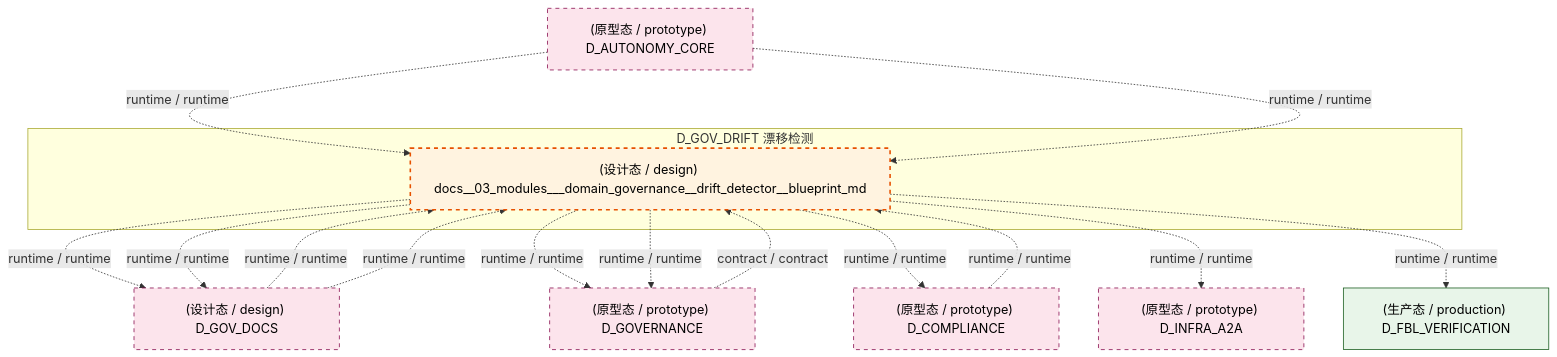
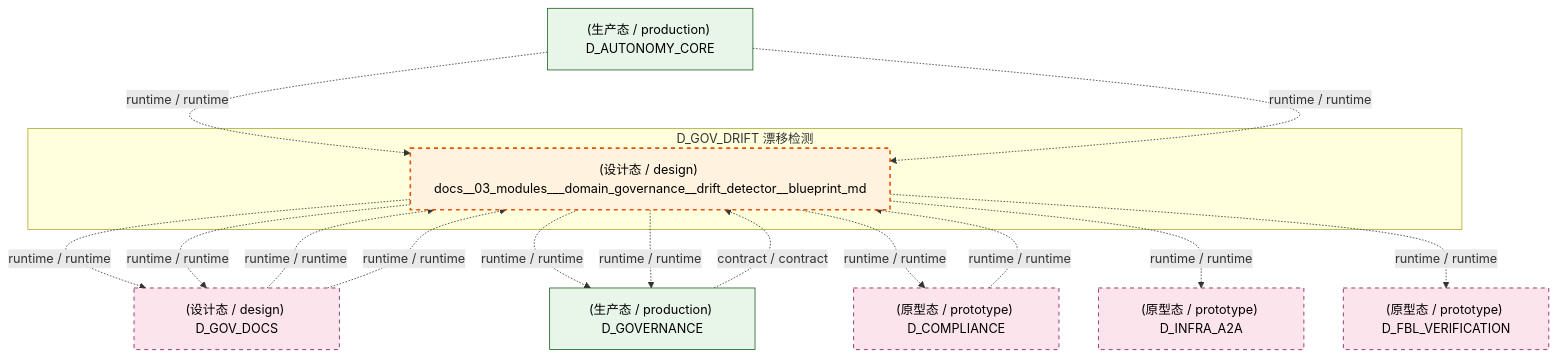
Before and after one commit to xuanFelixVan/ZephyrAlpha: the fifth of 7 diagrams in docs/02_enterprise_architecture/02_domain_architecture_docs/41_d_gov_drift.md, drawn with Mermaid. The commit also changed other lines of this file and 101 other files, not shown here.

````diff
--- a/docs/02_enterprise_architecture/02_domain_architecture_docs/41_d_gov_drift.md
+++ b/docs/02_enterprise_architecture/02_domain_architecture_docs/41_d_gov_drift.md
@@ -549,32 +551,32 @@
 ```mermaid
 graph TD
     subgraph D_GOV_DRIFT["D_GOV_DRIFT 漂移检测"]
         docs_03_modules_domain_governance_drift_detector_blueprint_md["(设计态 / design) docs__03_modules___domain_governance__drift_detector__blueprint_md"]
     end
     D_GOV_DOCS["(设计态 / design) D_GOV_DOCS"]
     docs_03_modules_domain_governance_drift_detector_blueprint_md -.->|runtime / runtime| D_GOV_DOCS
-    D_GOVERNANCE["(原型态 / prototype) D_GOVERNANCE"]
+    D_GOVERNANCE["(生产态 / production) D_GOVERNANCE"]
     docs_03_modules_domain_governance_drift_detector_blueprint_md -.->|runtime / runtime| D_GOVERNANCE
     D_COMPLIANCE["(原型态 / prototype) D_COMPLIANCE"]
     docs_03_modules_domain_governance_drift_detector_blueprint_md -.->|runtime / runtime| D_COMPLIANCE
     D_INFRA_A2A["(原型态 / prototype) D_INFRA_A2A"]
     docs_03_modules_domain_governance_drift_detector_blueprint_md -.->|runtime / runtime| D_INFRA_A2A
-    D_FBL_VERIFICATION["(生产态 / production) D_FBL_VERIFICATION"]
+    D_FBL_VERIFICATION["(原型态 / prototype) D_FBL_VERIFICATION"]
     docs_03_modules_domain_governance_drift_detector_blueprint_md -.->|runtime / runtime| D_FBL_VERIFICATION
     docs_03_modules_domain_governance_drift_detector_blueprint_md -.->|runtime / runtime| D_GOV_DOCS
     docs_03_modules_domain_governance_drift_detector_blueprint_md -.->|runtime / runtime| D_GOVERNANCE
     D_COMPLIANCE -.->|runtime / runtime| docs_03_modules_domain_governance_drift_detector_blueprint_md
     D_GOV_DOCS -.->|runtime / runtime| docs_03_modules_domain_governance_drift_detector_blueprint_md
     D_GOV_DOCS -.->|runtime / runtime| docs_03_modules_domain_governance_drift_detector_blueprint_md
     D_GOVERNANCE -.->|contract / contract| docs_03_modules_domain_governance_drift_detector_blueprint_md
-    D_AUTONOMY_CORE["(原型态 / prototype) D_AUTONOMY_CORE"]
+    D_AUTONOMY_CORE["(生产态 / production) D_AUTONOMY_CORE"]
     D_AUTONOMY_CORE -.->|runtime / runtime| docs_03_modules_domain_governance_drift_detector_blueprint_md
     D_AUTONOMY_CORE -.->|runtime / runtime| docs_03_modules_domain_governance_drift_detector_blueprint_md
     classDef production fill:#e1f5fe,stroke:#01579b,stroke-width:2px,color:#000
     classDef design fill:#fff3e0,stroke:#e65100,stroke-width:2px,color:#000,stroke-dasharray: 5 5
     classDef external_prod fill:#e8f5e9,stroke:#1b5e20,stroke-width:1px,color:#000
     classDef external_design fill:#fce4ec,stroke:#880e4f,stroke-width:1px,color:#000,stroke-dasharray: 5 5
     class docs_03_modules_domain_governance_drift_detector_blueprint_md design
-    class D_FBL_VERIFICATION external_prod
-    class D_GOV_DOCS,D_GOVERNANCE,D_COMPLIANCE,D_INFRA_A2A,D_AUTONOMY_CORE external_design
+    class D_GOVERNANCE,D_AUTONOMY_CORE external_prod
+    class D_GOV_DOCS,D_COMPLIANCE,D_INFRA_A2A,D_FBL_VERIFICATION external_design
 ```
````
